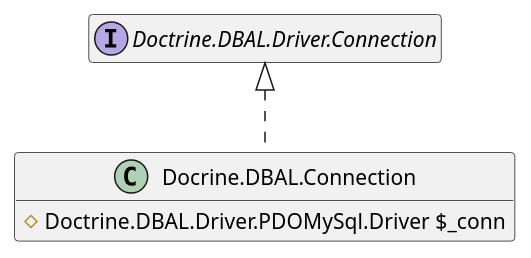
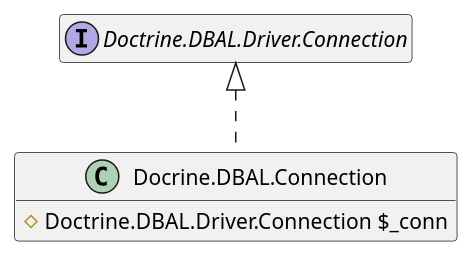
One commit to Konafets/thesis changed the diagram in gfx/uml/DBAL_Connection.plantuml. Above: the diagram before and after it, drawn with PlantUML. The commit also changed 39 other files, not shown here.

```diff
--- a/gfx/uml/DBAL_Connection.plantuml
+++ b/gfx/uml/DBAL_Connection.plantuml
@@ -1,11 +1,11 @@
 @startuml
 set namespaceSeparator none
 hide empty members
 hide empty methods
 
 interface Doctrine.DBAL.Driver.Connection
 
 class Docrine.DBAL.Connection implements Doctrine.DBAL.Driver.Connection {
-  #Doctrine.DBAL.Driver.PDOMySql.Driver $_conn
+  #Doctrine.DBAL.Driver.Connection $_conn
 }
 @enduml
```
